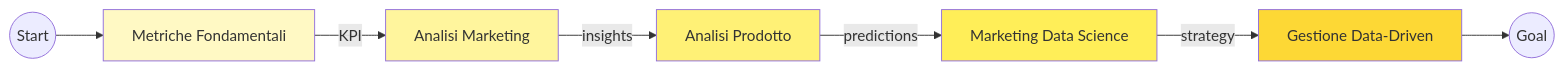
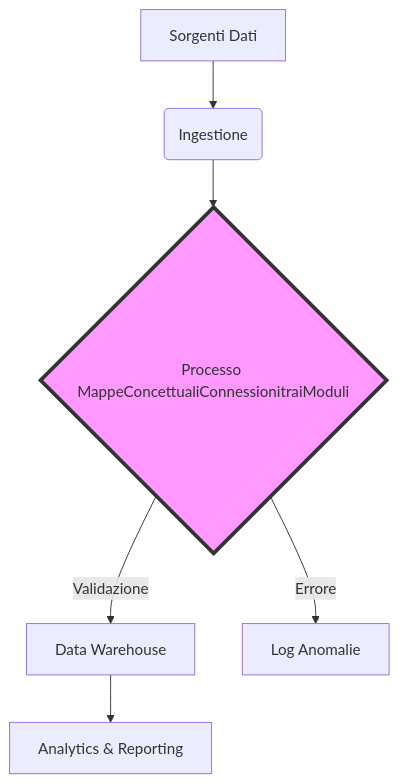
Before and after one commit to AndreyBertasini/gynnitech: the first of 2 diagrams in src/content/corso/panoramica/mappe-concettuali.mdx, drawn with Mermaid. The commit also changed other lines of this file and 169 other files, not shown here.

````diff
--- a/src/content/corso/panoramica/mappe-concettuali.mdx
+++ b/src/content/corso/panoramica/mappe-concettuali.mdx
@@ -189,15 +55,9 @@
 ```mermaid
-flowchart LR
-    START((Start)) --> A[Metriche Fondamentali]
-    A -->|KPI| B[Analisi Marketing]
-    B -->|insights| C[Analisi Prodotto]
-    C -->|predictions| D[Marketing Data Science]
-    D -->|strategy| E[Gestione Data-Driven]
-    E --> END((Goal))
-
-    style A fill:#fff9c4
-    style B fill:#fff59d
-    style C fill:#fff176
-    style D fill:#ffee58
-    style E fill:#fdd835
+graph TD
+    A[Sorgenti Dati] --> B(Ingestione)
+    B --> C{Processo MappeConcettualiConnessionitraiModuli}
+    C -->|Validazione| D[Data Warehouse]
+    C -->|Errore| E[Log Anomalie]
+    D --> F[Analytics & Reporting]
+    style C fill:#f9f,stroke:#333,stroke-width:4px
 ```
````
